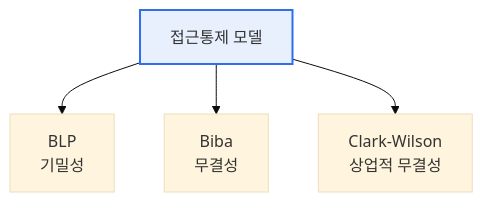
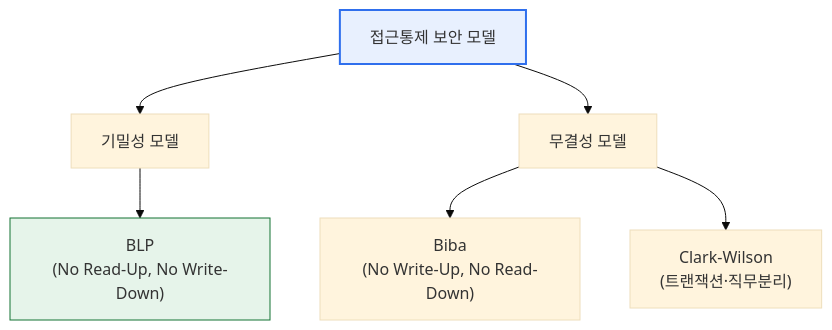
One commit to coninggu/wjdqhrhksflrltnftk changed the first of 2 diagrams in content/access-control-model.md. Above: the diagram before and after it, drawn with Mermaid (base theme). The commit also changed other lines of this file and 3 other files, not shown here.

Commit message:
Deepen DSML 프로젝트와 MLOps, 접근 통제 보안 모델(BLP·Biba·Clark-Wilson) (auto)

````diff
--- a/content/access-control-model.md
+++ b/content/access-control-model.md
@@ -48,7 +69,10 @@
 ```mermaid
 flowchart TB
-  M[접근통제 모델] --> B["BLP<br/>기밀성"]
-  M --> BI["Biba<br/>무결성"]
-  M --> CW["Clark-Wilson<br/>상업적 무결성"]
+  M["접근통제 보안 모델"] --> C["기밀성 모델"]
+  M --> I["무결성 모델"]
+  C --> B["BLP<br/>(No Read-Up, No Write-Down)"]
+  I --> BI["Biba<br/>(No Write-Up, No Read-Down)"]
+  I --> CW["Clark-Wilson<br/>(트랜잭션·직무분리)"]
   style M fill:#e8f0fe,stroke:#2f6fed,stroke-width:2px
+  style B fill:#e6f4ea,stroke:#137333,stroke-width:1px
 ```
````
